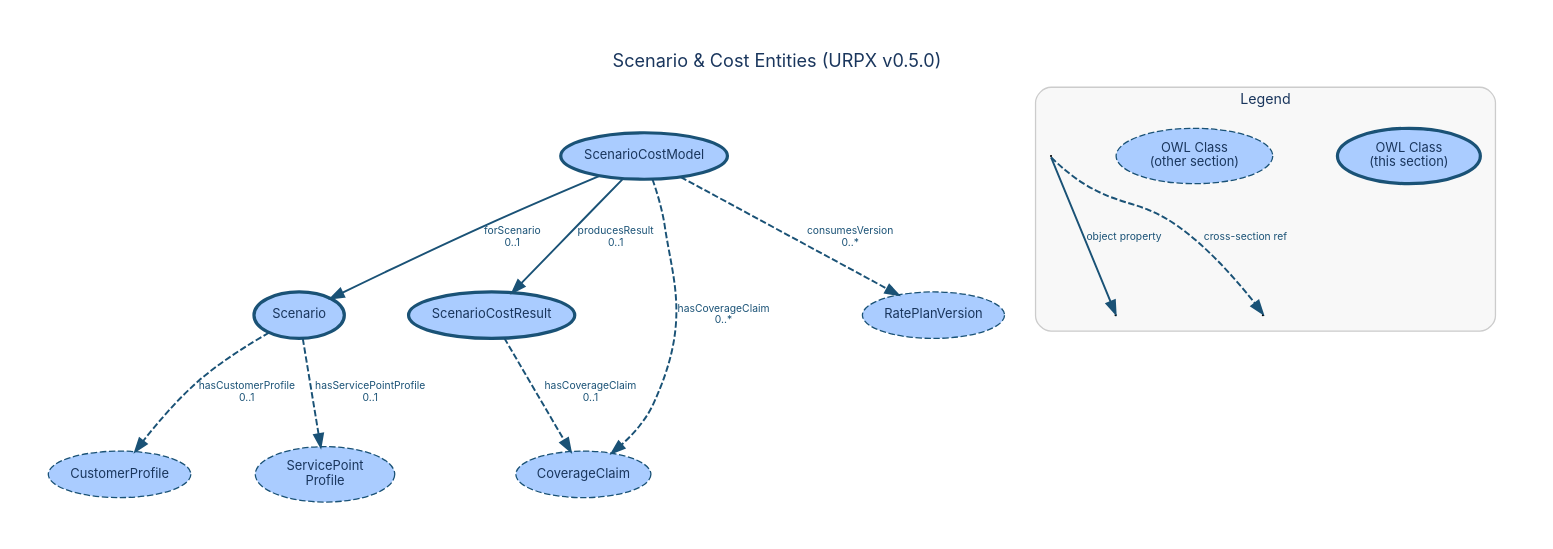
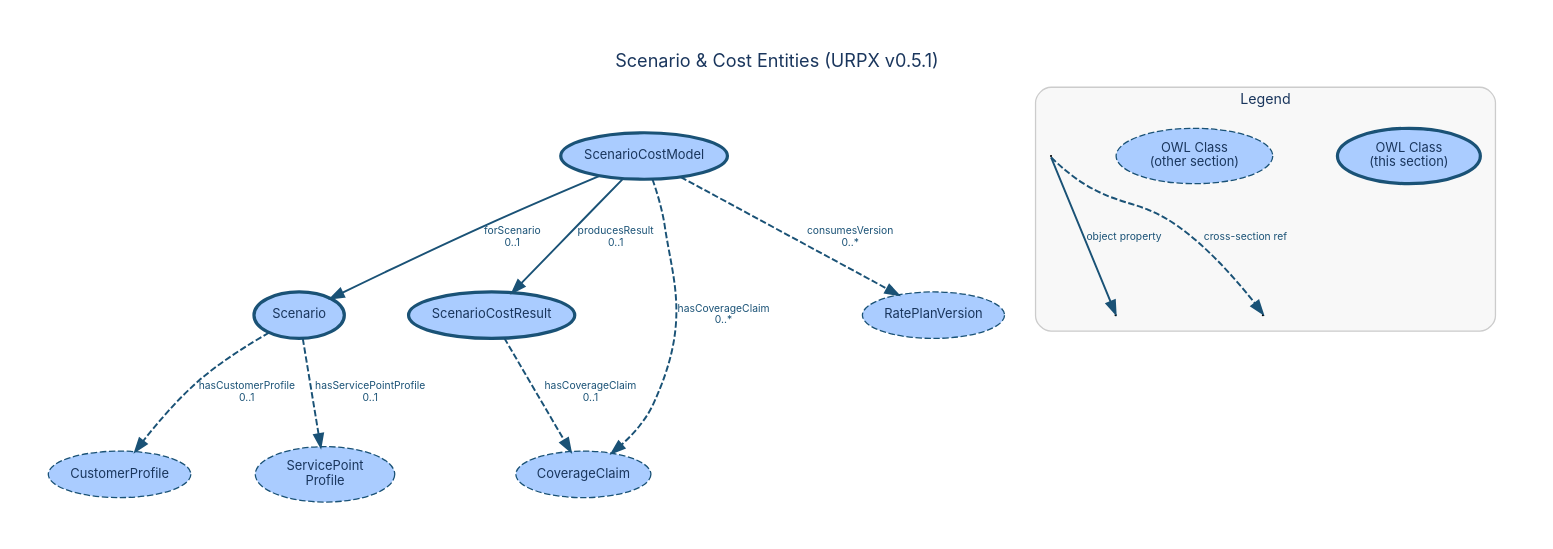
One commit to urpx-org/urpx changed the diagram in documentation/diagrams/dictionary/scenario-cost-entities.dot. Above: the diagram before and after it, drawn with Graphviz. The commit also changed 61 other files, not shown here.

```diff
--- a/documentation/diagrams/dictionary/scenario-cost-entities.dot
+++ b/documentation/diagrams/dictionary/scenario-cost-entities.dot
@@ -1,91 +1,91 @@
 digraph "Scenario & Cost Entities" {
     rankdir=TB;
     bgcolor="white";
     pad=0.4;
     nodesep=0.7;
     ranksep=0.9;
     fontname="Inter, Helvetica, Arial, sans-serif";
-    label="Scenario & Cost Entities (URPX v0.5.0)";
+    label="Scenario & Cost Entities (URPX v0.5.1)";
     labelloc="t";
     fontsize=14;
     fontcolor="#1a365d";
     node [fontname="Inter, Helvetica, Arial, sans-serif", fontsize=10, style=filled, fontcolor="#1a365d"];
     edge [fontname="Inter, Helvetica, Arial, sans-serif", fontsize=8, fontcolor="#1a365d"];
 
     // Section classes
     Scenario [
         label="Scenario"
         shape=ellipse, fillcolor="#aaccff", color="#1a5276", penwidth=2.5
     ];
     ScenarioCostModel [
         label="ScenarioCostModel"
         shape=ellipse, fillcolor="#aaccff", color="#1a5276", penwidth=2.5
     ];
     ScenarioCostResult [
         label="ScenarioCostResult"
         shape=ellipse, fillcolor="#aaccff", color="#1a5276", penwidth=2.5
     ];
 
     // Cross-section references
     CoverageClaim [
         label="CoverageClaim"
         shape=ellipse, fillcolor="#aaccff", color="#1a5276", penwidth=1, style="filled,dashed"
     ];
     CustomerProfile [
         label="CustomerProfile"
         shape=ellipse, fillcolor="#aaccff", color="#1a5276", penwidth=1, style="filled,dashed"
     ];
     RatePlanVersion [
         label="RatePlanVersion"
         shape=ellipse, fillcolor="#aaccff", color="#1a5276", penwidth=1, style="filled,dashed"
     ];
     ServicePointProfile [
         label="ServicePoint\nProfile"
         shape=ellipse, fillcolor="#aaccff", color="#1a5276", penwidth=1, style="filled,dashed"
     ];
 
     // Object property edges
     Scenario -> CustomerProfile [
         label="hasCustomerProfile\n0..1", style=dashed, color="#1a5276", fontcolor="#1a5276", penwidth=1.5
     ];
     Scenario -> ServicePointProfile [
         label="hasServicePointProfile\n0..1", style=dashed, color="#1a5276", fontcolor="#1a5276", penwidth=1.5
     ];
     ScenarioCostModel -> RatePlanVersion [
         label="consumesVersion\n0..*", style=dashed, color="#1a5276", fontcolor="#1a5276", penwidth=1.5
     ];
     ScenarioCostModel -> Scenario [
         label="forScenario\n0..1", color="#1a5276", fontcolor="#1a5276", penwidth=1.5
     ];
     ScenarioCostModel -> CoverageClaim [
         label="hasCoverageClaim\n0..*", style=dashed, color="#1a5276", fontcolor="#1a5276", penwidth=1.5
     ];
     ScenarioCostModel -> ScenarioCostResult [
         label="producesResult\n0..1", color="#1a5276", fontcolor="#1a5276", penwidth=1.5
     ];
     ScenarioCostResult -> CoverageClaim [
         label="hasCoverageClaim\n0..1", style=dashed, color="#1a5276", fontcolor="#1a5276", penwidth=1.5
     ];
 
     // Auto-computed rank hints
     { rank=same; Scenario; ScenarioCostResult; }
 
     subgraph cluster_legend {
         label="Legend";
         fontname="Inter, Helvetica, Arial, sans-serif";
         fontsize=11;
         fontcolor="#1a365d";
         style=rounded;
         color="#cccccc";
         bgcolor="#f8f8f8";
         margin=12;
 
         leg_class [label="OWL Class\n(this section)", shape=ellipse, fillcolor="#aaccff", color="#1a5276", penwidth=2.5];
         leg_xref [label="OWL Class\n(other section)", shape=ellipse, fillcolor="#aaccff", color="#1a5276", penwidth=1, style="filled,dashed"];
         leg_src [label=" ", shape=point, width=0.01];
         leg_tgt1 [label=" ", shape=point, width=0.01];
         leg_src -> leg_tgt1 [label="object property", color="#1a5276", fontcolor="#1a5276", penwidth=1.5];
         leg_tgt2 [label=" ", shape=point, width=0.01];
         leg_src -> leg_tgt2 [label="cross-section ref", style=dashed, color="#1a5276", fontcolor="#1a5276", penwidth=1.5];
     }
 }
```
